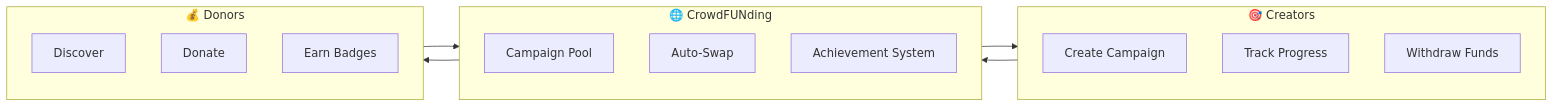
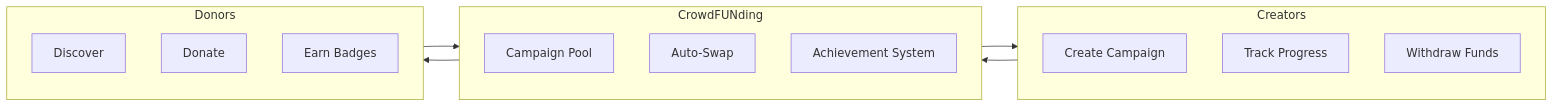
The first of 8 diagrams in pitching/Products/8. How CrowdFUNding Works.md (CrowdFUNding-Base/SC), drawn with Mermaid before and after one commit. The commit also changed other lines of this file and 12 other files, not shown here.

````diff
--- a/pitching/Products/8. How CrowdFUNding Works.md
+++ b/pitching/Products/8. How CrowdFUNding Works.md
@@ -15,25 +15,25 @@
 ```mermaid
 flowchart LR
-    subgraph Creators["🎯 Creators"]
+    subgraph Creators["Creators"]
         Create["Create Campaign"]
         Track["Track Progress"]
         Withdraw["Withdraw Funds"]
     end
 
-    subgraph Platform["🌐 CrowdFUNding"]
+    subgraph Platform["CrowdFUNding"]
         Campaigns["Campaign Pool"]
         Swap["Auto-Swap"]
         Badges["Achievement System"]
     end
 
-    subgraph Donors["💰 Donors"]
+    subgraph Donors["Donors"]
         Discover["Discover"]
         Donate["Donate"]
         Earn["Earn Badges"]
     end
 
     Creators --> Platform
     Platform --> Donors
     Donors --> Platform
     Platform --> Creators
 ```
````
